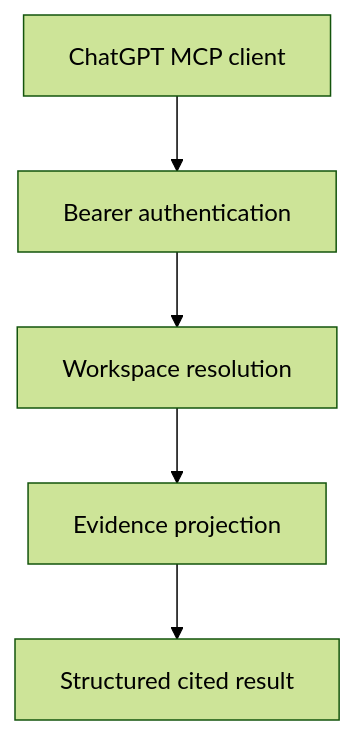
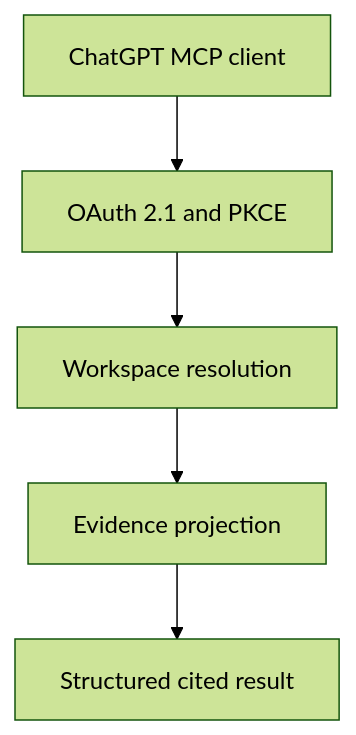
The diagram in docs/architecture/chatgpt-mcp.md (AyobamiH/tax-lien-intelligence-platform), drawn with Mermaid (forest theme) before and after one commit. The commit also changed other lines of this file and 44 other files, not shown here.

````diff
--- a/docs/architecture/chatgpt-mcp.md
+++ b/docs/architecture/chatgpt-mcp.md
@@ -16,7 +16,7 @@
 ```mermaid
 flowchart TD
-  C["ChatGPT MCP client"] --> A["Bearer authentication"]
+  C["ChatGPT MCP client"] --> A["OAuth 2.1 and PKCE"]
   A --> W["Workspace resolution"]
   W --> E["Evidence projection"]
   E --> R["Structured cited result"]
 ```
````
